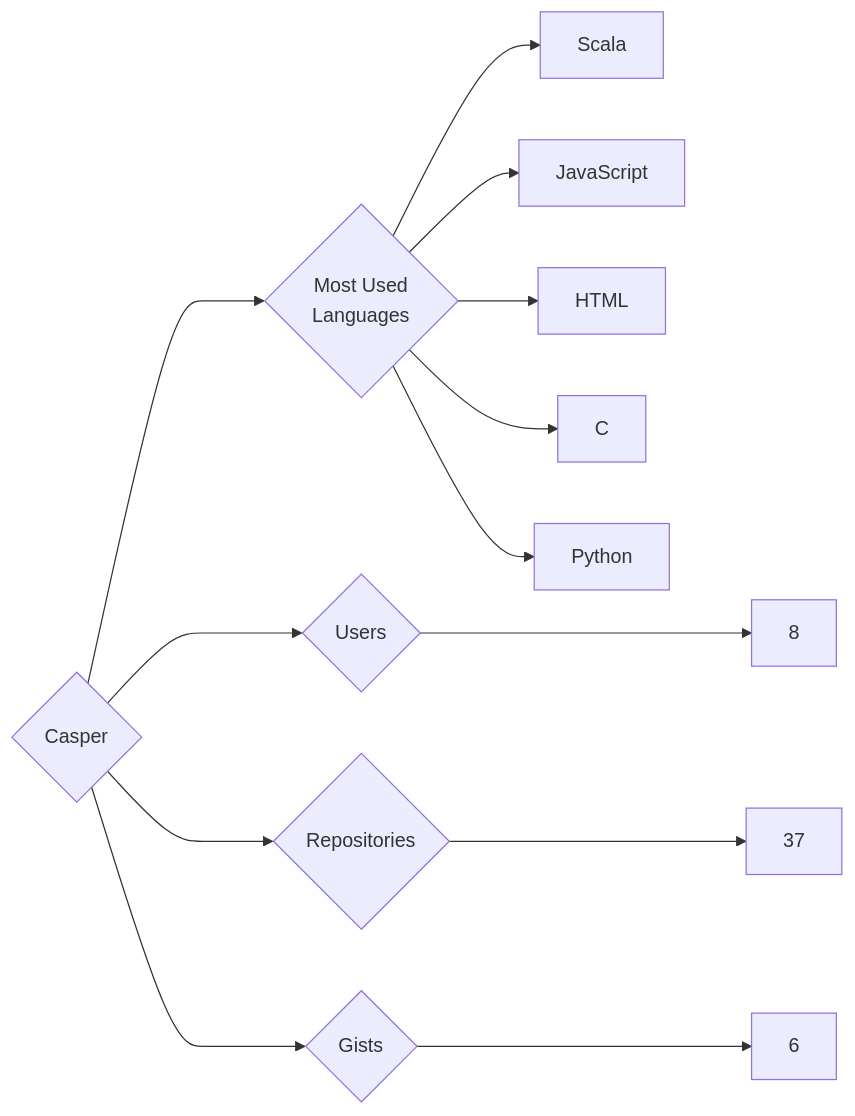
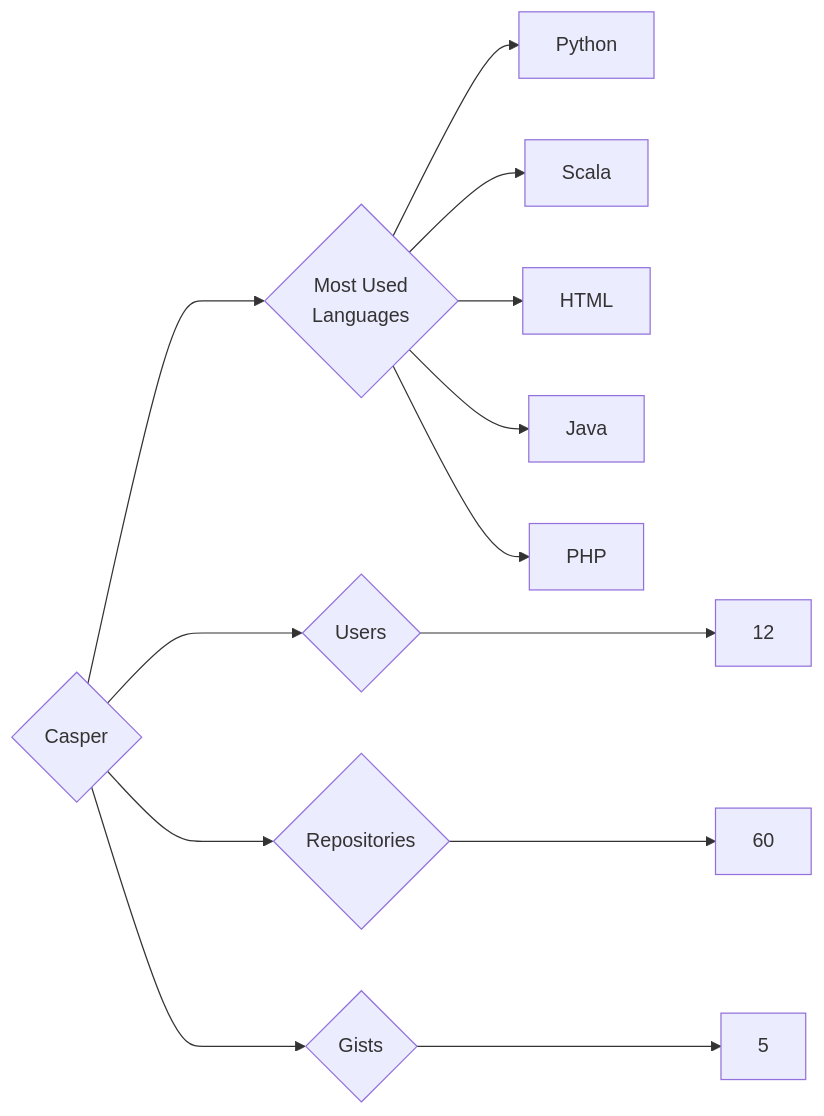
The diagram in targets/Casper/README.md (trickest/insiders), drawn with Mermaid before and after one commit. The commit also changed 610 other files, not shown here.

````diff
--- a/targets/Casper/README.md
+++ b/targets/Casper/README.md
@@ -3,13 +3,13 @@
 ```mermaid
 graph LR
 COMPANY_NAME{Casper}
-COMPANY_NAME ---> U{Users} ---> UN[8]
-COMPANY_NAME ---> R{Repositories} ---> RN[37]
-COMPANY_NAME ---> G{Gists} ---> GN[6]
+COMPANY_NAME ---> U{Users} ---> UN[12]
+COMPANY_NAME ---> R{Repositories} ---> RN[60]
+COMPANY_NAME ---> G{Gists} ---> GN[5]
 COMPANY_NAME ---> ML{Most Used<br>Languages}
+ML --> Python[Python]
 ML --> Scala[Scala]
-ML --> JavaScript[JavaScript]
 ML --> HTML[HTML]
-ML --> C[C]
-ML --> Python[Python]
+ML --> Java[Java]
+ML --> PHP[PHP]
 ```
````
